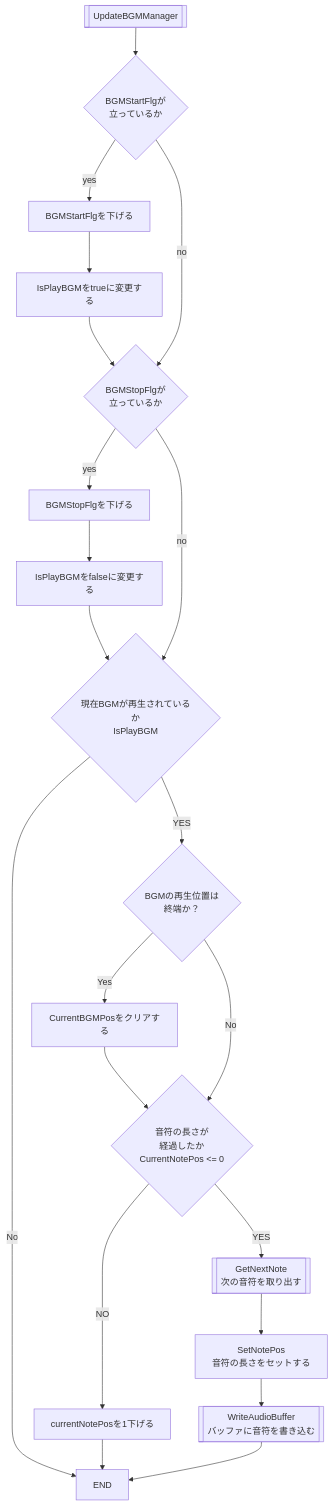
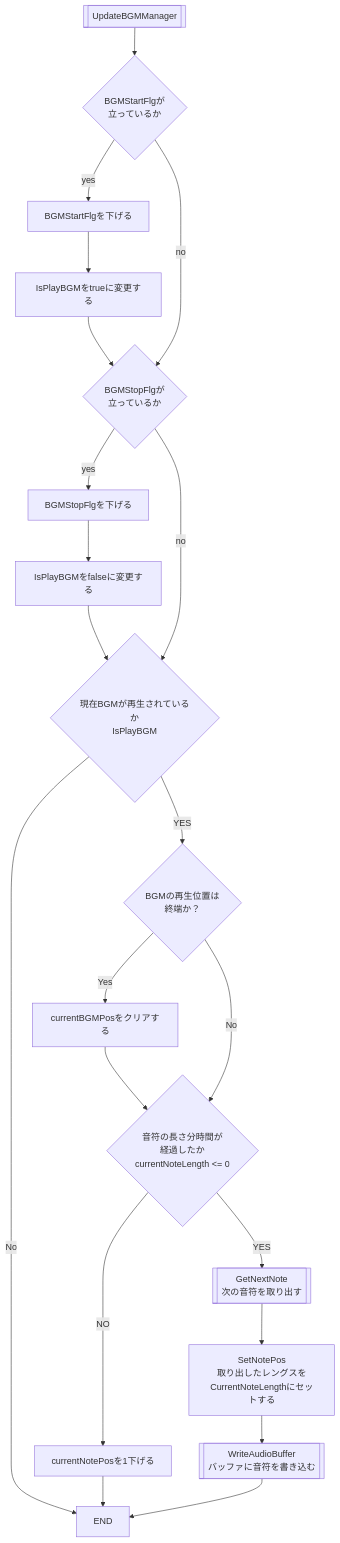
Before and after one commit to hakohumi/comp.train.whack-a-mole: the seventh of 8 diagrams in 資料/仕様書/仕様_オーディオ.md, drawn with Mermaid. The commit also changed other lines of this file and 1 other file, not shown here.

````diff
--- a/資料/仕様書/仕様_オーディオ.md
+++ b/資料/仕様書/仕様_オーディオ.md
@@ -367,67 +378,67 @@
 ```mermaid
 
 graph TD
 
 
-IsNoteLength{音符の長さが<br>経過したか<br>CurrentNotePos <= 0}
 GetNextNote[[GetNextNote<br>次の音符を取り出す]]
-setNotePos[SetNotePos<br>音符の長さをセットする]
 
 if_BGMStartFlg{BGMStartFlgが<br>立っているか}
 ClrBGMStartFlg[BGMStartFlgを下げる]
 SetIsPlayBGM[IsPlayBGMをtrueに変更する]
 
 if_BGMStopFlg{BGMStopFlgが<br>立っているか}
 ClrBGMStopFlg[BGMStopFlgを下げる]
 ClrIsPlayBGM[IsPlayBGMをfalseに変更する]
 
 if_IsLastBGMPos{"BGMの再生位置は<br>終端か？"}
-ClrCurrentBGMPos[CurrentBGMPosをクリアする]
+ClrCurrentBGMPos[currentBGMPosをクリアする]
 
 
 AudioPlayer[["UpdateBGMManager"]] --> if_BGMStartFlg
 
 if_BGMStartFlg -->|yes| ClrBGMStartFlg
 
 ClrBGMStartFlg --> SetIsPlayBGM
 
 SetIsPlayBGM --> if_BGMStopFlg
 
 if_BGMStartFlg -->|no| if_BGMStopFlg
 
 if_BGMStopFlg -->|yes| ClrBGMStopFlg
 
 ClrBGMStopFlg --> ClrIsPlayBGM
 
 ClrIsPlayBGM --> if1
 
 if_BGMStopFlg -->|no| if1
 
 
 
 
  if1{現在BGMが再生されているか<br>IsPlayBGM}
 
 if1 -->|"No"| EndFlow["END"]
 
 if1 -->|"YES"| if_IsLastBGMPos
 
 if_IsLastBGMPos -->|"Yes"| ClrCurrentBGMPos
 
 ClrCurrentBGMPos --> IsNoteLength
 if_IsLastBGMPos -->|"No"| IsNoteLength
 
+IsNoteLength{音符の長さ分時間が<br>経過したか<br>currentNoteLength <= 0}
 
 IsNoteLength -->|YES| GetNextNote
 IsNoteLength -->|NO| decNotePos[currentNotePosを1下げる]
 
 decNotePos --> EndFlow
 
 
+setNotePos[SetNotePos<br>取り出したレングスを<br>CurrentNoteLengthにセットする]
 GetNextNote --> setNotePos
 
 setNotePos --> WriteAudioBuffer[[WriteAudioBuffer<br>バッファに音符を書き込む]]
 
 WriteAudioBuffer --> EndFlow
 
 ```
````
